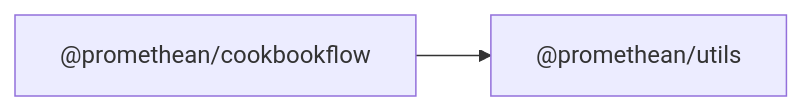
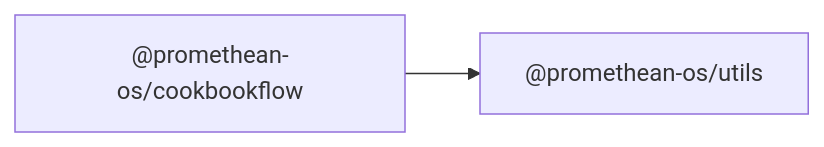
Before and after one commit to octave-commons/promethean: the diagram in docs/packages/cookbookflow/README.md, drawn with Mermaid. The commit also changed other lines of this file and 1753 other files, not shown here.

````diff
--- a/docs/packages/cookbookflow/README.md
+++ b/docs/packages/cookbookflow/README.md
@@ -14,7 +14,7 @@
 ```mermaid
 graph LR
-  A["@promethean/cookbookflow"]
-  D1["@promethean/utils"]
-  A --> D1["@promethean/utils"]
-  click D1 "../utils/README.md" "@promethean/utils"
+  A["@promethean-os/cookbookflow"]
+  D1["@promethean-os/utils"]
+  A --> D1["@promethean-os/utils"]
+  click D1 "../utils/README.md" "@promethean-os/utils"
 ```
````
